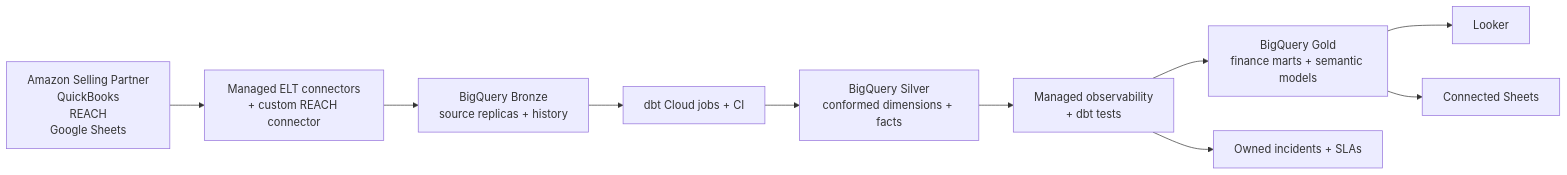
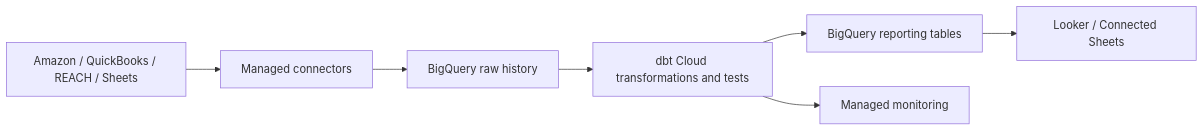
One commit to rubenatello/luminize-assessment changed the second of 2 diagrams in docs/architecture_options.md. Above: the diagram before and after it, drawn with Mermaid. The commit also changed other lines of this file and 21 other files, not shown here.

````diff
--- a/docs/architecture_options.md
+++ b/docs/architecture_options.md
@@ -28,12 +26,9 @@
-~~~mermaid
+```mermaid
 flowchart LR
-    S[Amazon Selling Partner<br/>QuickBooks<br/>REACH<br/>Google Sheets] --> ELT[Managed ELT connectors<br/>+ custom REACH connector]
-    ELT --> B[BigQuery Bronze<br/>source replicas + history]
-    B --> DBT[dbt Cloud jobs + CI]
-    DBT --> SV[BigQuery Silver<br/>conformed dimensions + facts]
-    SV --> OBS[Managed observability<br/>+ dbt tests]
-    OBS --> G[BigQuery Gold<br/>finance marts + semantic models]
-    G --> L[Looker]
-    G --> CS[Connected Sheets]
-    OBS --> INC[Owned incidents + SLAs]
-~~~
+    S[Amazon / QuickBooks / REACH / Sheets] --> E[Managed connectors]
+    E --> B[BigQuery raw history]
+    B --> D[dbt Cloud transformations and tests]
+    D --> M[BigQuery reporting tables]
+    M --> L[Looker / Connected Sheets]
+    D --> O[Managed monitoring]
+```
````
